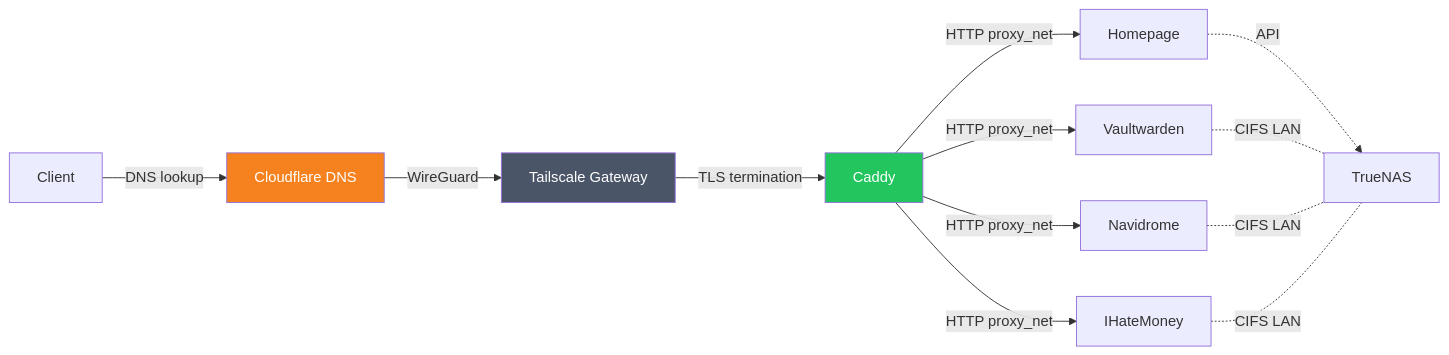
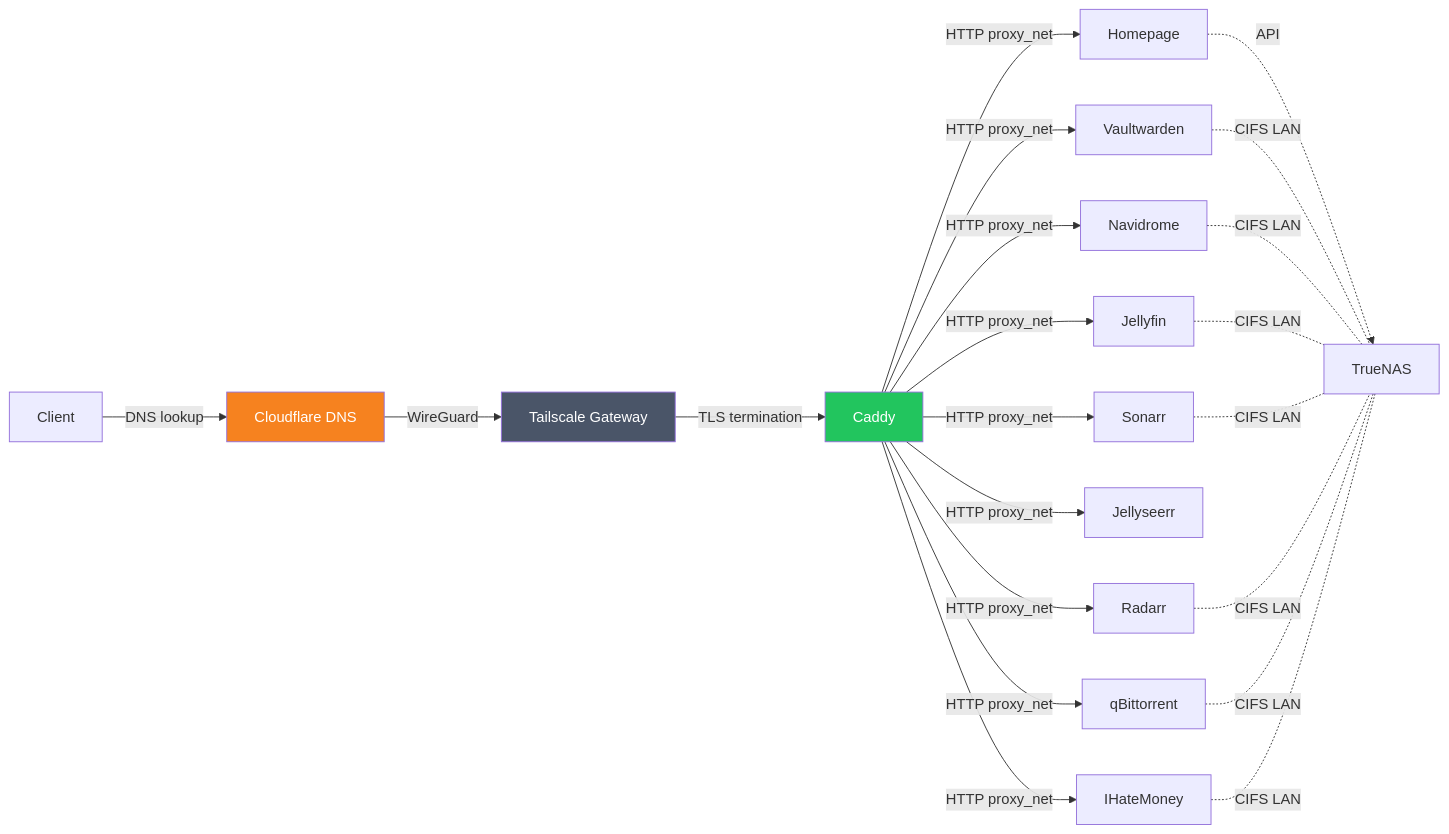
The second of 2 diagrams in README.md (masolnada/homelab), drawn with Mermaid before and after one commit. The commit also changed other lines of this file and 13 other files, not shown here.

First line of the commit message:
feat: add Jellyfin, Jellyseerr, Sonarr, Radarr and qBittorrent stacks

````diff
--- a/README.md
+++ b/README.md
@@ -47,18 +77,27 @@
 ```mermaid
 graph LR
     Client -->|DNS lookup| CF[Cloudflare DNS]
     CF -->|WireGuard| TS[Tailscale Gateway]
     TS -->|TLS termination| Caddy
     Caddy -->|HTTP proxy_net| Homepage
     Caddy -->|HTTP proxy_net| Vaultwarden
     Caddy -->|HTTP proxy_net| Navidrome
     Caddy -->|HTTP proxy_net| IHateMoney
+    Caddy -->|HTTP proxy_net| Jellyfin
+    Caddy -->|HTTP proxy_net| Jellyseerr
+    Caddy -->|HTTP proxy_net| Sonarr
+    Caddy -->|HTTP proxy_net| Radarr
+    Caddy -->|HTTP proxy_net| qBittorrent
     Homepage -.->|API| NAS[TrueNAS]
     Vaultwarden -.-|CIFS LAN| NAS
     Navidrome -.-|CIFS LAN| NAS
+    Jellyfin -.-|CIFS LAN| NAS
+    Sonarr -.-|CIFS LAN| NAS
+    Radarr -.-|CIFS LAN| NAS
+    qBittorrent -.-|CIFS LAN| NAS
     IHateMoney -.-|CIFS LAN| NAS
 
     style CF fill:#f6821f,color:#fff
     style TS fill:#4a5568,color:#fff
     style Caddy fill:#22c55e,color:#fff
 ```
````
